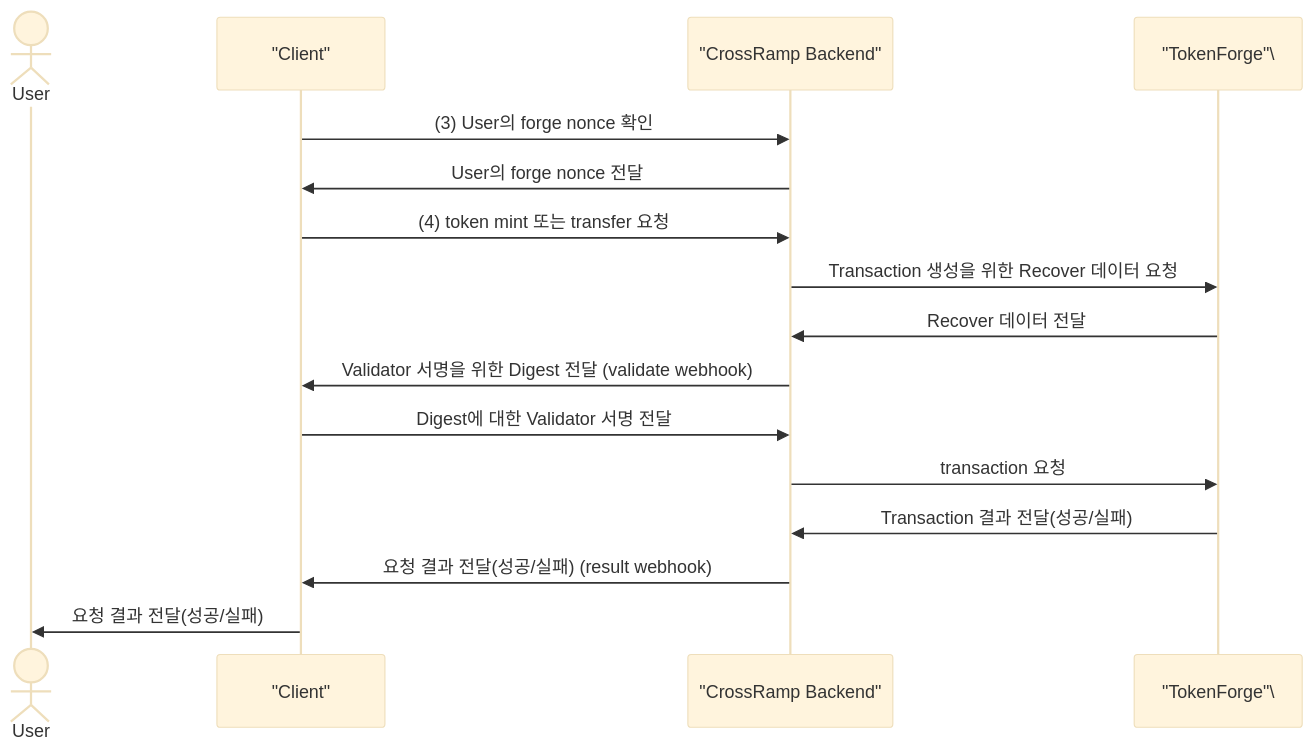
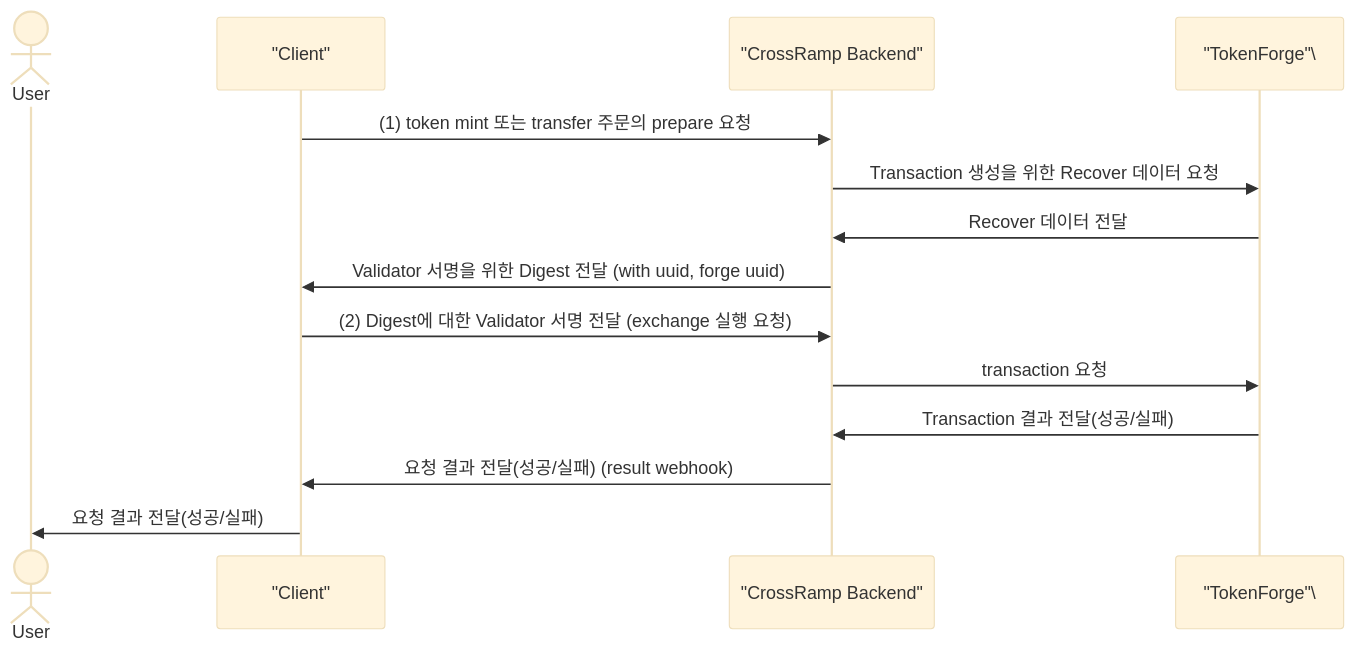
One commit to to-nexus/cross-ramp-integration-sample changed the second of 2 diagrams in GUIDE_KR.md. Above: the diagram before and after it, drawn with Mermaid (base theme). The commit also changed other lines of this file and 1 other file, not shown here.

````diff
--- a/GUIDE_KR.md
+++ b/GUIDE_KR.md
@@ -563,20 +493,17 @@
 ```mermaid
 sequenceDiagram
     actor User
     participant Client as "Client"
     participant Backend as "CrossRamp Backend"
     participant TokenForge as "TokenForge"\
 
-    Client->>Backend: (3) User의 forge nonce 확인
-    Backend->>Client: User의 forge nonce 전달
-
-    Client->>Backend: (4) token mint 또는 transfer 요청
+    Client->>Backend: (1) token mint 또는 transfer 주문의 prepare 요청
     Backend->>TokenForge: Transaction 생성을 위한 Recover 데이터 요청
     TokenForge->>Backend: Recover 데이터 전달
-    Backend->>Client: Validator 서명을 위한 Digest 전달 (validate webhook)
-    Client->>Backend: Digest에 대한 Validator 서명 전달
+    Backend->>Client: Validator 서명을 위한 Digest 전달 (with uuid, forge uuid)
+    Client->>Backend: (2) Digest에 대한 Validator 서명 전달 (exchange 실행 요청)
     Backend->>TokenForge: transaction 요청
     TokenForge->>Backend: Transaction 결과 전달(성공/실패)
     Backend->>Client: 요청 결과 전달(성공/실패) (result webhook)
     Client->>User: 요청 결과 전달(성공/실패)
 ```
````
